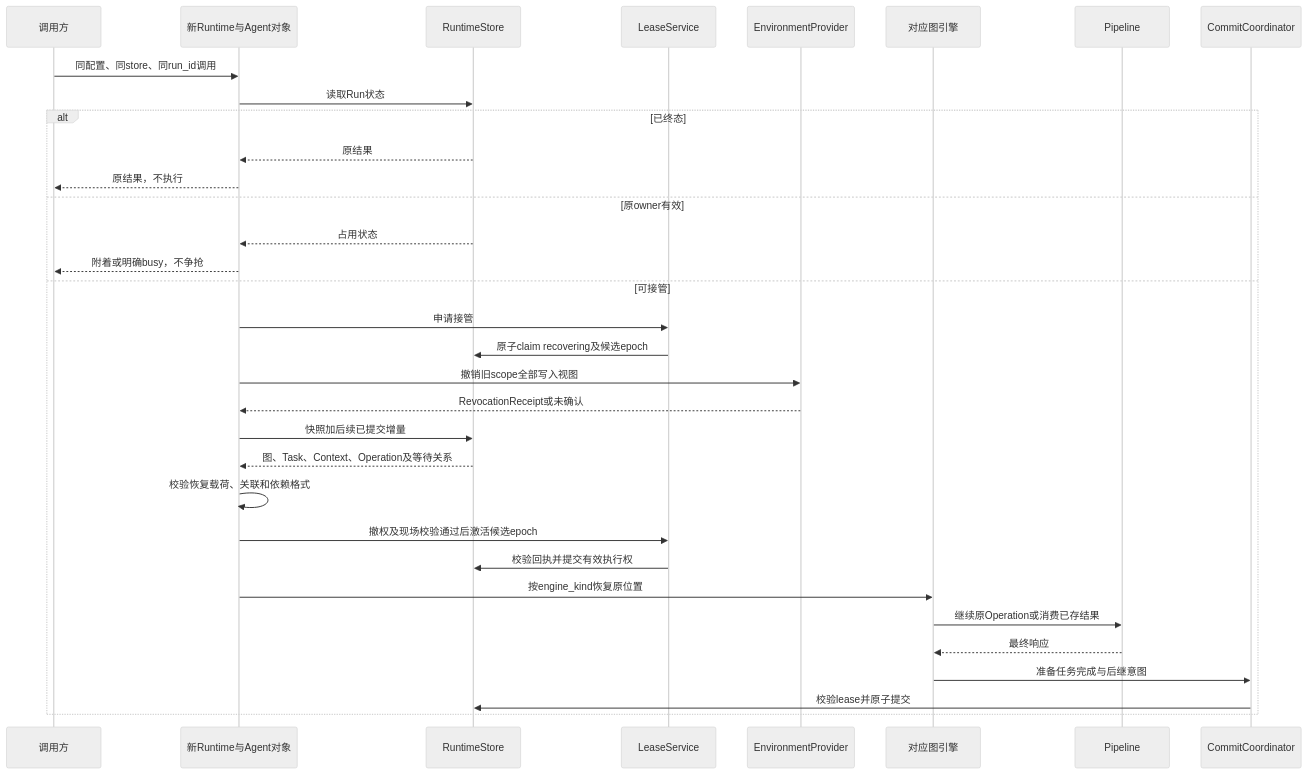
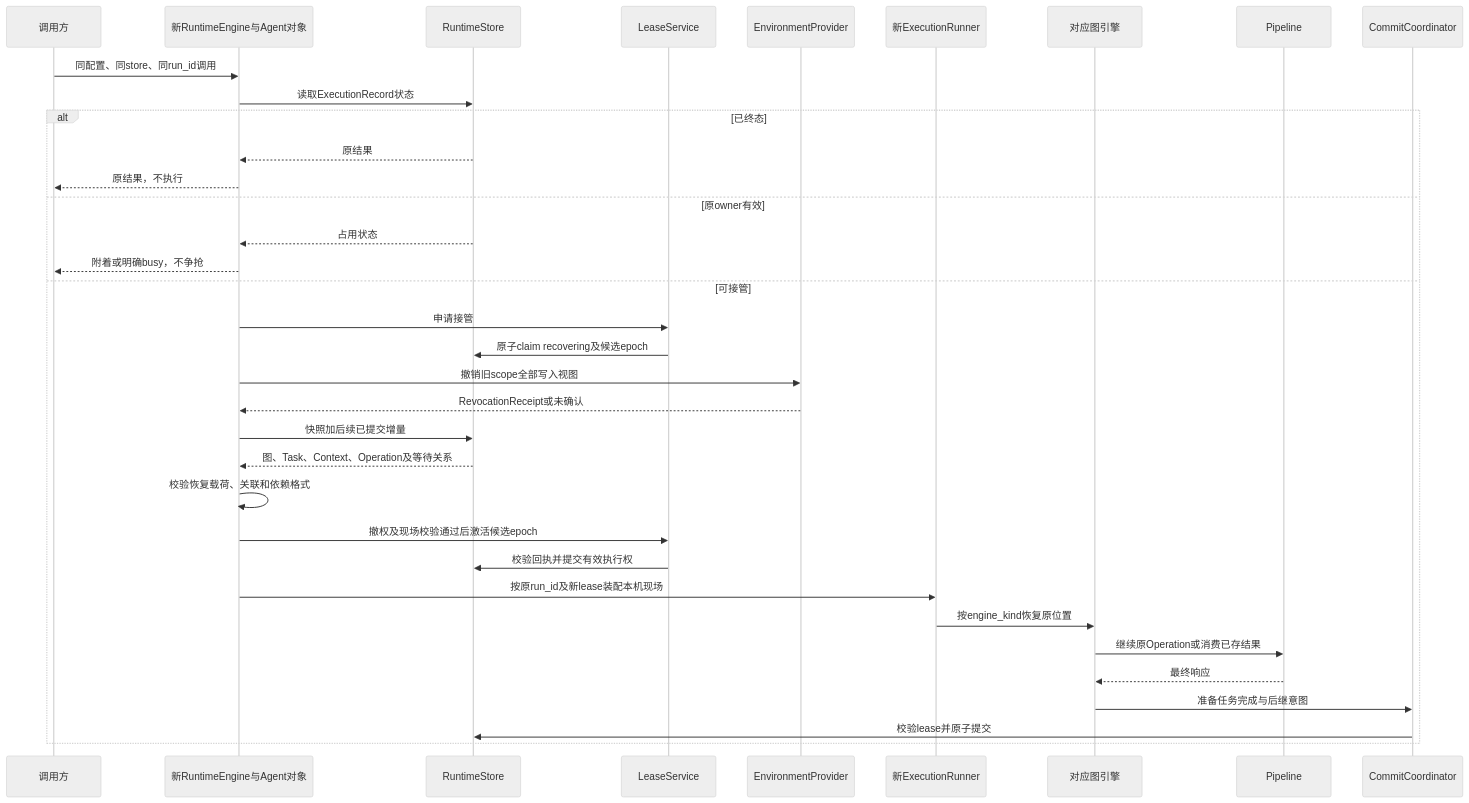
Before and after one commit to dujian0068/agent-loom: the ninth of 9 diagrams in docs/sdk/object-collaboration.md, drawn with Mermaid (neutral theme). The commit also changed other lines of this file and 28 other files, not shown here.

````diff
--- a/docs/sdk/object-collaboration.md
+++ b/docs/sdk/object-collaboration.md
@@ -434,35 +574,37 @@
 ```mermaid
 sequenceDiagram
     participant A as 调用方
-    participant R as 新Runtime与Agent对象
+    participant R as 新RuntimeEngine与Agent对象
     participant S as RuntimeStore
     participant L as LeaseService
     participant V as EnvironmentProvider
+    participant X as 新ExecutionRunner
     participant E as 对应图引擎
     participant P as Pipeline
     participant C as CommitCoordinator
     A->>R: 同配置、同store、同run_id调用
-    R->>S: 读取Run状态
+    R->>S: 读取ExecutionRecord状态
     alt 已终态
         S-->>R: 原结果
         R-->>A: 原结果，不执行
     else 原owner有效
         S-->>R: 占用状态
         R-->>A: 附着或明确busy，不争抢
     else 可接管
         R->>L: 申请接管
         L->>S: 原子claim recovering及候选epoch
         R->>V: 撤销旧scope全部写入视图
         V-->>R: RevocationReceipt或未确认
         R->>S: 快照加后续已提交增量
         S-->>R: 图、Task、Context、Operation及等待关系
         R->>R: 校验恢复载荷、关联和依赖格式
         R->>L: 撤权及现场校验通过后激活候选epoch
         L->>S: 校验回执并提交有效执行权
-        R->>E: 按engine_kind恢复原位置
+        R->>X: 按原run_id及新lease装配本机现场
+        X->>E: 按engine_kind恢复原位置
         E->>P: 继续原Operation或消费已存结果
         P-->>E: 最终响应
         E->>C: 准备任务完成与后继意图
         C->>S: 校验lease并原子提交
     end
 ```
````
